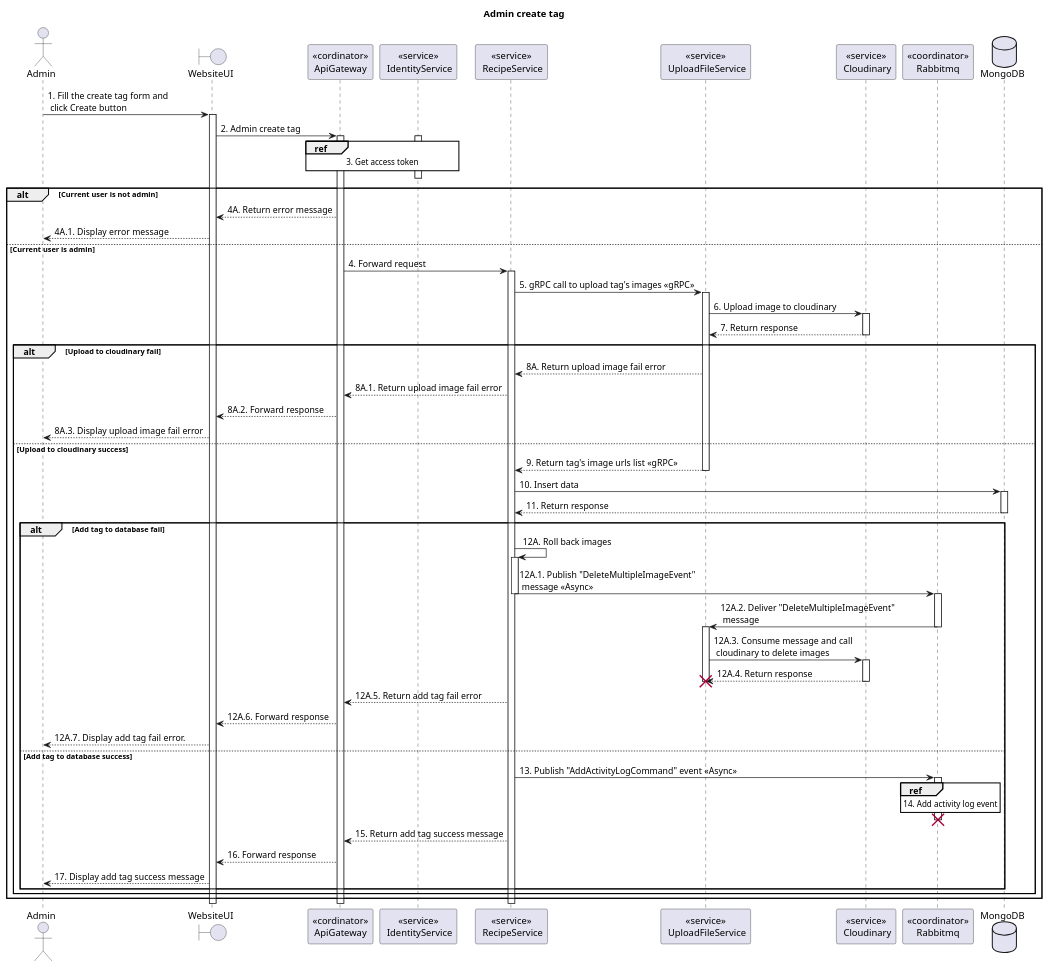
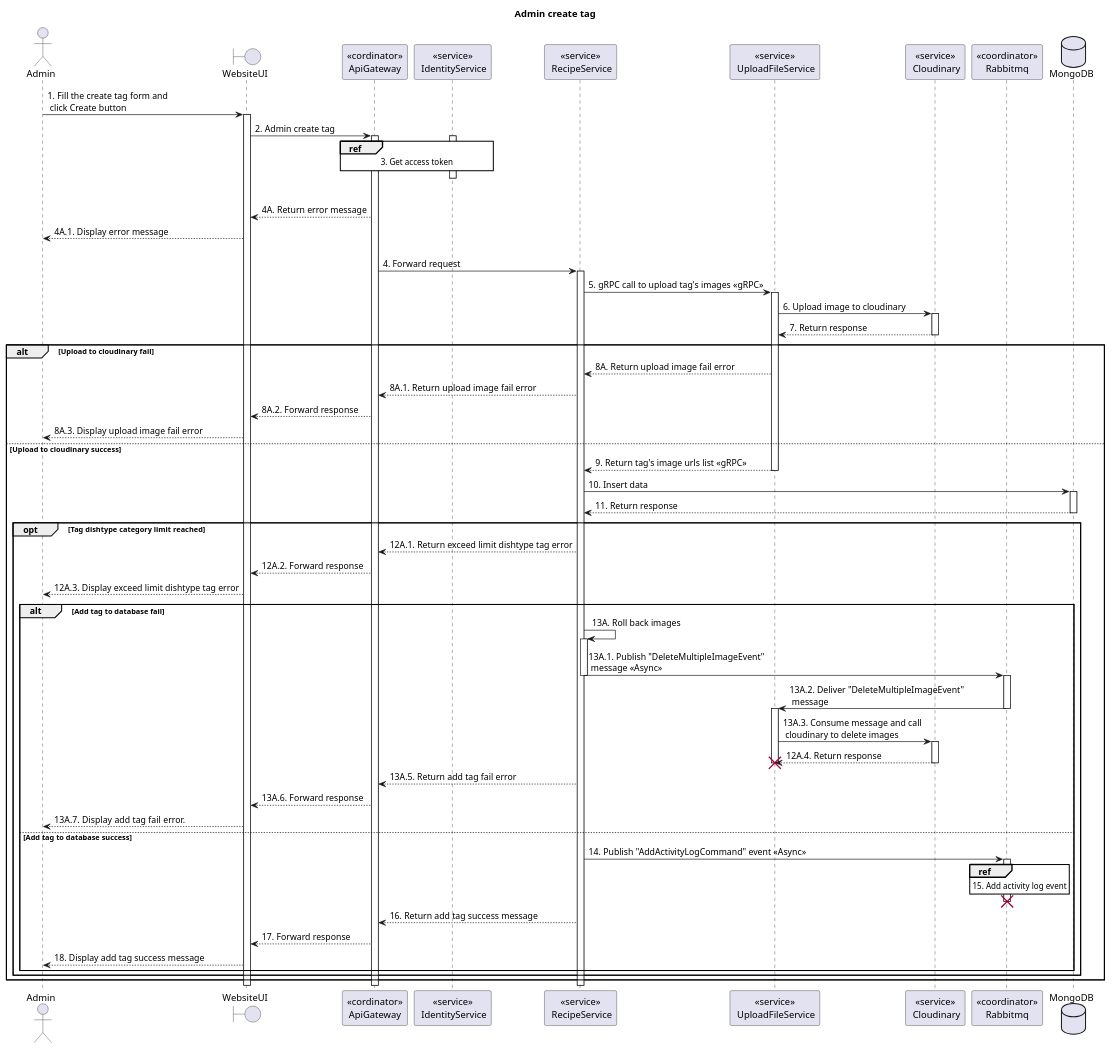
The diagram in doc/SDS/Recipe/Admin/Admin create tag/Sequence.plantuml (Carl-Johnsons/tastopia), drawn with PlantUML before and after one commit. The commit also changed 1 other file, not shown here.

Commit message:
doc: update add and update tag sequence

```diff
--- a/doc/SDS/Recipe/Admin/Admin create tag/Sequence.plantuml
+++ b/doc/SDS/Recipe/Admin/Admin create tag/Sequence.plantuml
@@ -1,77 +1,81 @@
 @startuml Sequence
 title "Admin create tag"
 ' Style section
 <style>
   sequenceDiagram {
     reference {
       BackGroundColor white
     }
 }
 </style>
 
 actor Admin
 boundary WebsiteUI
 participant "<<cordinator>>\nApiGateway" as ApiGateway
 participant "<<service>>\n IdentityService" as IdentityService
 participant "<<service>>\n RecipeService" as RecipeService
 participant "<<service>>\n UploadFileService" as UploadFileService
 participant "<<service>>\n Cloudinary" as Cloudinary
 participant "<<coordinator>>\nRabbitmq" as Rabbitmq
 database MongoDB
 
 Admin -> WebsiteUI++: 1. Fill the create tag form and \n click Create button
 WebsiteUI -> ApiGateway++: 2. Admin create tag
 
 activate IdentityService
 ref over ApiGateway, IdentityService: 3. Get access token
 ApiGateway -[hidden]-> IdentityService
 deactivate IdentityService
 
 alt Current user is not admin
     WebsiteUI <-- ApiGateway: 4A. Return error message
     Admin <-- WebsiteUI: 4A.1. Display error message
 else Current user is admin
     ApiGateway -> RecipeService++: 4. Forward request
     RecipeService -> UploadFileService++: 5. gRPC call to upload tag's images <<gRPC>>
     UploadFileService -> Cloudinary++: 6. Upload image to cloudinary
     UploadFileService <-- Cloudinary--: 7. Return response
     alt Upload to cloudinary fail
         RecipeService <-- UploadFileService: 8A. Return upload image fail error
         ApiGateway <-- RecipeService: 8A.1. Return upload image fail error
         WebsiteUI <-- ApiGateway: 8A.2. Forward response
         Admin <-- WebsiteUI: 8A.3. Display upload image fail error
     else Upload to cloudinary success 
         RecipeService <-- UploadFileService--: 9. Return tag's image urls list <<gRPC>>
         RecipeService -> MongoDB++: 10. Insert data
         RecipeService <-- MongoDB--: 11. Return response
+        opt Tag dishtype category limit reached
+            ApiGateway <-- RecipeService: 12A.1. Return exceed limit dishtype tag error
+            WebsiteUI <-- ApiGateway: 12A.2. Forward response
+            Admin <-- WebsiteUI: 12A.3. Display exceed limit dishtype tag error
         alt Add tag to database fail
-            RecipeService -> RecipeService: 12A. Roll back images
+            RecipeService -> RecipeService: 13A. Roll back images
             activate RecipeService
-            RecipeService -> Rabbitmq: 12A.1. Publish "DeleteMultipleImageEvent" \n message <<Async>>
+            RecipeService -> Rabbitmq: 13A.1. Publish "DeleteMultipleImageEvent" \n message <<Async>>
             deactivate RecipeService
             activate Rabbitmq
-            Rabbitmq -> UploadFileService: 12A.2. Deliver "DeleteMultipleImageEvent"\n message
+            Rabbitmq -> UploadFileService: 13A.2. Deliver "DeleteMultipleImageEvent"\n message
             deactivate Rabbitmq
             activate UploadFileService
-            UploadFileService -> Cloudinary++: 12A.3. Consume message and call \n cloudinary to delete images
+            UploadFileService -> Cloudinary++: 13A.3. Consume message and call \n cloudinary to delete images
             UploadFileService <-- Cloudinary--: 12A.4. Return response
             destroy UploadFileService
             deactivate UploadFileService
-            ApiGateway <-- RecipeService: 12A.5. Return add tag fail error
-            WebsiteUI <-- ApiGateway: 12A.6. Forward response
-            Admin <-- WebsiteUI: 12A.7. Display add tag fail error.
+            ApiGateway <-- RecipeService: 13A.5. Return add tag fail error
+            WebsiteUI <-- ApiGateway: 13A.6. Forward response
+            Admin <-- WebsiteUI: 13A.7. Display add tag fail error.
         else Add tag to database success
-            RecipeService -> Rabbitmq: 13. Publish "AddActivityLogCommand" event <<Async>>
+            RecipeService -> Rabbitmq: 14. Publish "AddActivityLogCommand" event <<Async>>
             activate Rabbitmq
-            ref over Rabbitmq: 14. Add activity log event
+            ref over Rabbitmq: 15. Add activity log event
             RecipeService -[hidden]-> Rabbitmq
             deactivate Rabbitmq
             destroy Rabbitmq
-            ApiGateway <-- RecipeService: 15. Return add tag success message
-            WebsiteUI <-- ApiGateway: 16. Forward response
-            Admin <-- WebsiteUI: 17. Display add tag success message
+            ApiGateway <-- RecipeService: 16. Return add tag success message
+            WebsiteUI <-- ApiGateway: 17. Forward response
+            Admin <-- WebsiteUI: 18. Display add tag success message
         end alt 
     end alt 
 end alt
 
 @enduml
```
